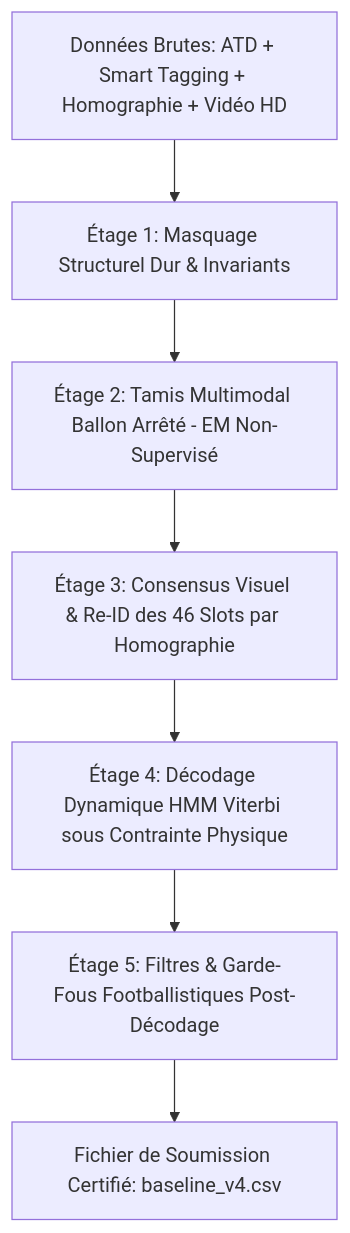
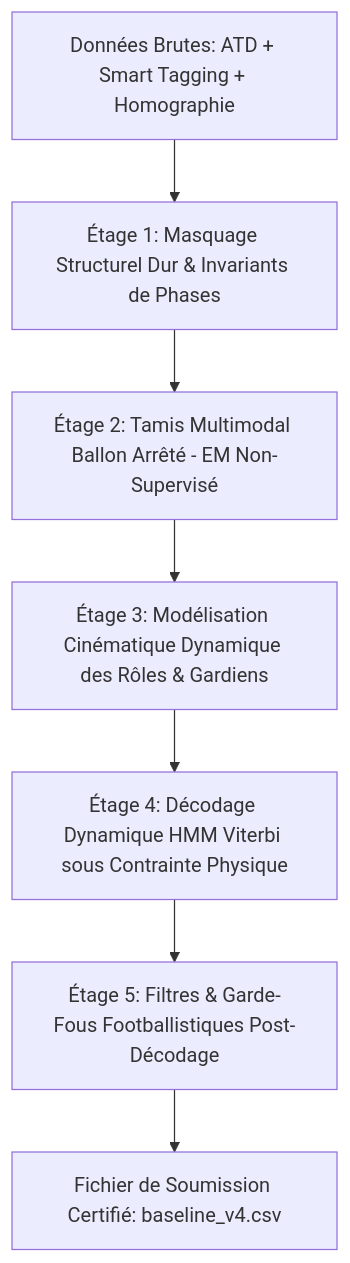
One commit to Juko-div/more-than-a-hack-2027 changed the diagram in DOCUMENTATION_TECHNIQUE.md. Above: the diagram before and after it, drawn with Mermaid. The commit also changed other lines of this file and 6 other files, not shown here.

````diff
--- a/DOCUMENTATION_TECHNIQUE.md
+++ b/DOCUMENTATION_TECHNIQUE.md
@@ -31,9 +32,9 @@
 ```mermaid
 flowchart TD
-    Raw[Données Brutes: ATD + Smart Tagging + Homographie + Vidéo HD] --> S1[Étage 1: Masquage Structurel Dur & Invariants]
+    Raw[Données Brutes: ATD + Smart Tagging + Homographie] --> S1[Étage 1: Masquage Structurel Dur & Invariants de Phases]
     S1 --> S2[Étage 2: Tamis Multimodal Ballon Arrêté - EM Non-Supervisé]
-    S2 --> S3[Étage 3: Consensus Visuel & Re-ID des 46 Slots par Homographie]
+    S2 --> S3[Étage 3: Modélisation Cinématique Dynamique des Rôles & Gardiens]
     S3 --> S4[Étage 4: Décodage Dynamique HMM Viterbi sous Contrainte Physique]
     S4 --> S5[Étage 5: Filtres & Garde-Fous Footballistiques Post-Décodage]
     S5 --> Sub[Fichier de Soumission Certifié: baseline_v4.csv]
 ```
````
